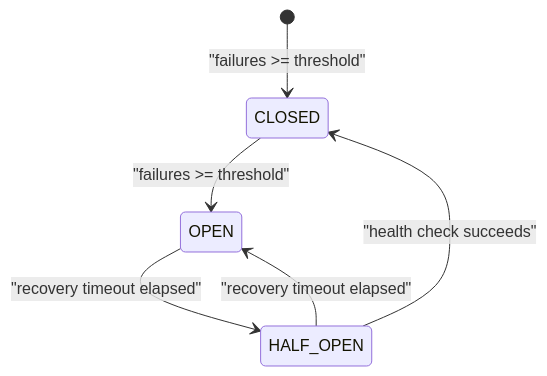
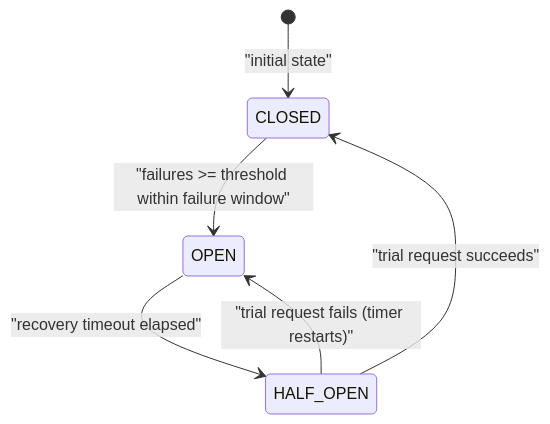
One commit to philipz/spring-modulith-orders changed the second of 5 diagrams in docs/deepwiki/Caching-Layer.md. Above: the diagram before and after it, drawn with Mermaid. The commit also changed other lines of this file, not shown here.

````diff
--- a/docs/deepwiki/Caching-Layer.md
+++ b/docs/deepwiki/Caching-Layer.md
@@ -158,8 +158,8 @@
 ```mermaid
 stateDiagram-v2
-    [*] --> CLOSED : "failures >= threshold"
-    CLOSED --> OPEN : "failures >= threshold"
+    [*] --> CLOSED : "initial state"
+    CLOSED --> OPEN : "failures >= threshold within failure window"
     OPEN --> HALF_OPEN : "recovery timeout elapsed"
-    HALF_OPEN --> CLOSED : "health check succeeds"
-    HALF_OPEN --> OPEN : "recovery timeout elapsed"
+    HALF_OPEN --> CLOSED : "trial request succeeds"
+    HALF_OPEN --> OPEN : "trial request fails (timer restarts)"
 ```
````
